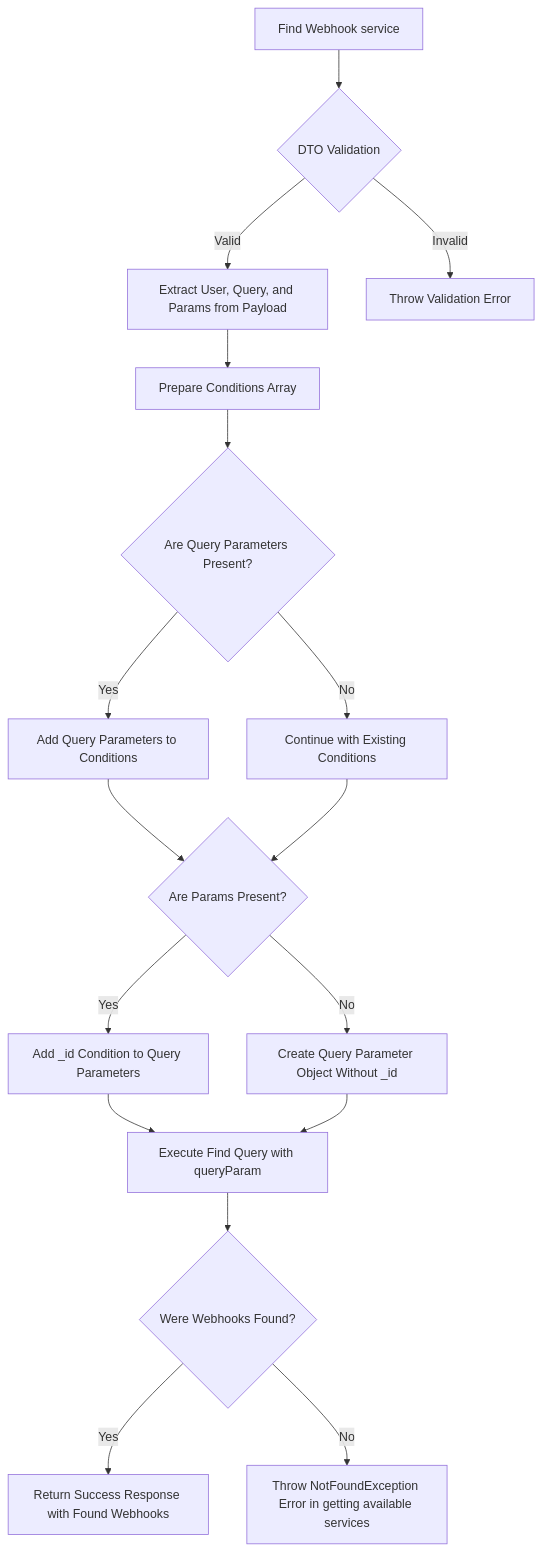
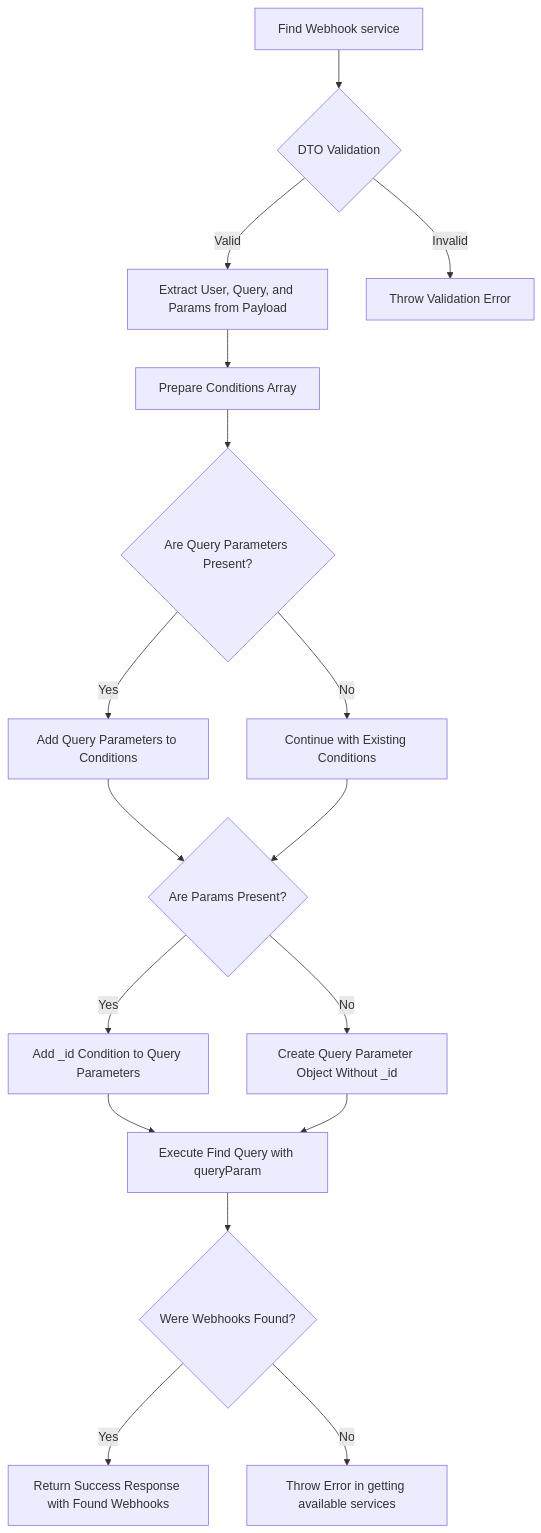
One commit to TechEagle-Innovations/webhooks-management-service changed the sixth of 11 diagrams in sample.md. Above: the diagram before and after it, drawn with Mermaid. The commit also changed other lines of this file and 12 other files, not shown here.

````diff
--- a/sample.md
+++ b/sample.md
@@ -86,22 +86,22 @@
 ```mermaid
 flowchart TD
     A[Find Webhook service] --> B{DTO Validation}
     B -->|Valid| C[Extract User, Query, and Params from Payload]
     B -->|Invalid| Z[Throw Validation Error]
     C --> D[Prepare Conditions Array]
     D --> E{Are Query Parameters Present?}
     E -->|Yes| F[Add Query Parameters to Conditions]
     E -->|No| G[Continue with Existing Conditions]
 
     F --> H{Are Params Present?}
     G --> H
     H -->|Yes| I[Add _id Condition to Query Parameters]
     H -->|No| J[Create Query Parameter Object Without _id]
 
     I --> K[Execute Find Query with queryParam]
     J --> K
 
     K --> L{Were Webhooks Found?}
     L -->|Yes| M[Return Success Response with Found Webhooks]
-    L -->|No| N[Throw NotFoundException Error in getting available services]
+    L -->|No| N[Throw Error in getting available services]
 ```
````
